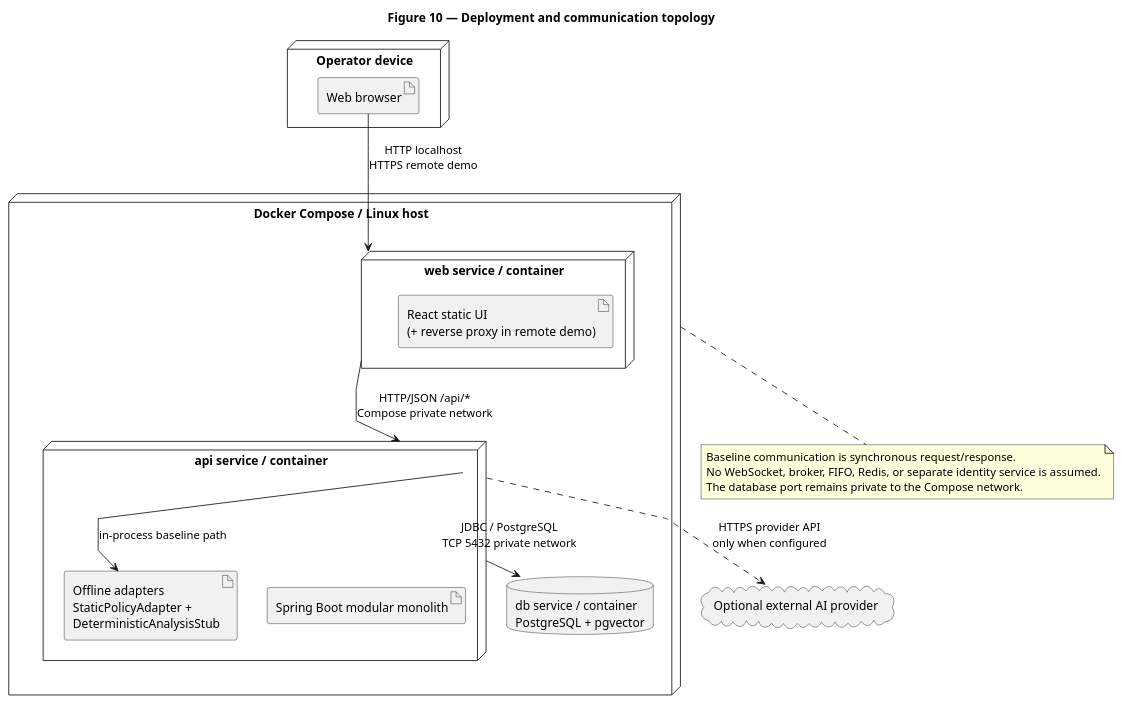
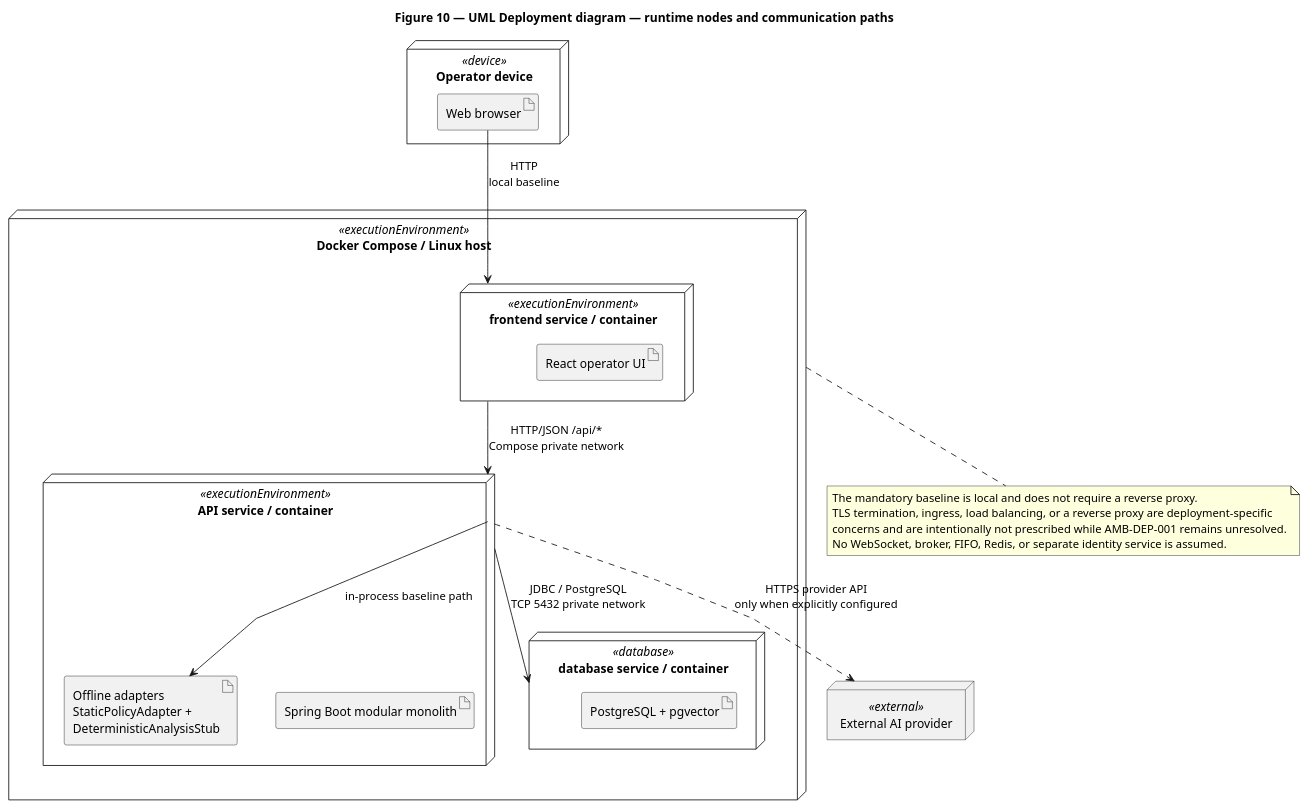
Before and after one commit to jdoe-dev-159753/specgraph-reference-app: the diagram in docs/assignment/SDD/diagrams/deployment-topology.puml, drawn with PlantUML.

Commit message:
docs: remove unmotivated reverse proxy from deployment design

```diff
--- a/docs/assignment/SDD/diagrams/deployment-topology.puml
+++ b/docs/assignment/SDD/diagrams/deployment-topology.puml
@@ -1,42 +1,41 @@
 @startuml
-title Figure 10 — Deployment and communication topology
+title Figure 10 — UML Deployment diagram — runtime nodes and communication paths
 top to bottom direction
 skinparam linetype polyline
-skinparam nodesep 35
-skinparam ranksep 45
+skinparam nodesep 45
+skinparam ranksep 55
 
-node "Operator device" as Device {
+node "Operator device" as Device <<device>> {
   artifact "Web browser" as Browser
 }
 
-node "Docker Compose / Linux host" as Host {
-  node "web service / container" as Web {
-    artifact "React static UI\n(+ reverse proxy in remote demo)" as React
+node "Docker Compose / Linux host" as Host <<executionEnvironment>> {
+  node "frontend service / container" as Web <<executionEnvironment>> {
+    artifact "React operator UI" as React
   }
 
-  node "api service / container" as Api {
+  node "API service / container" as Api <<executionEnvironment>> {
     artifact "Spring Boot modular monolith" as Spring
     artifact "Offline adapters\nStaticPolicyAdapter +\nDeterministicAnalysisStub" as Offline
   }
 
-  database "db service / container\nPostgreSQL + pgvector" as DB
+  node "database service / container" as DB <<database>> {
+    artifact "PostgreSQL + pgvector" as PostgreSQL
+  }
 }
 
-cloud "Optional external AI provider" as Provider
+node "External AI provider" as Provider <<external>>
 
-Browser --> Web : HTTP localhost\nHTTPS remote demo
+Browser --> Web : HTTP\nlocal baseline
 Web --> Api : HTTP/JSON /api/*\nCompose private network
 Api --> DB : JDBC / PostgreSQL\nTCP 5432 private network
-Api ..> Provider : HTTPS provider API\nonly when configured
+Api ..> Provider : HTTPS provider API\nonly when explicitly configured
 Api --> Offline : in-process baseline path
 
-Web -[hidden]down-> Api
-Api -[hidden]down-> DB
-DB -[hidden]right-> Provider
-
 note bottom of Host
-  Baseline communication is synchronous request/response.
+  The mandatory baseline is local and does not require a reverse proxy.
+  TLS termination, ingress, load balancing, or a reverse proxy are deployment-specific
+  concerns and are intentionally not prescribed while AMB-DEP-001 remains unresolved.
   No WebSocket, broker, FIFO, Redis, or separate identity service is assumed.
-  The database port remains private to the Compose network.
 end note
 @enduml
```
